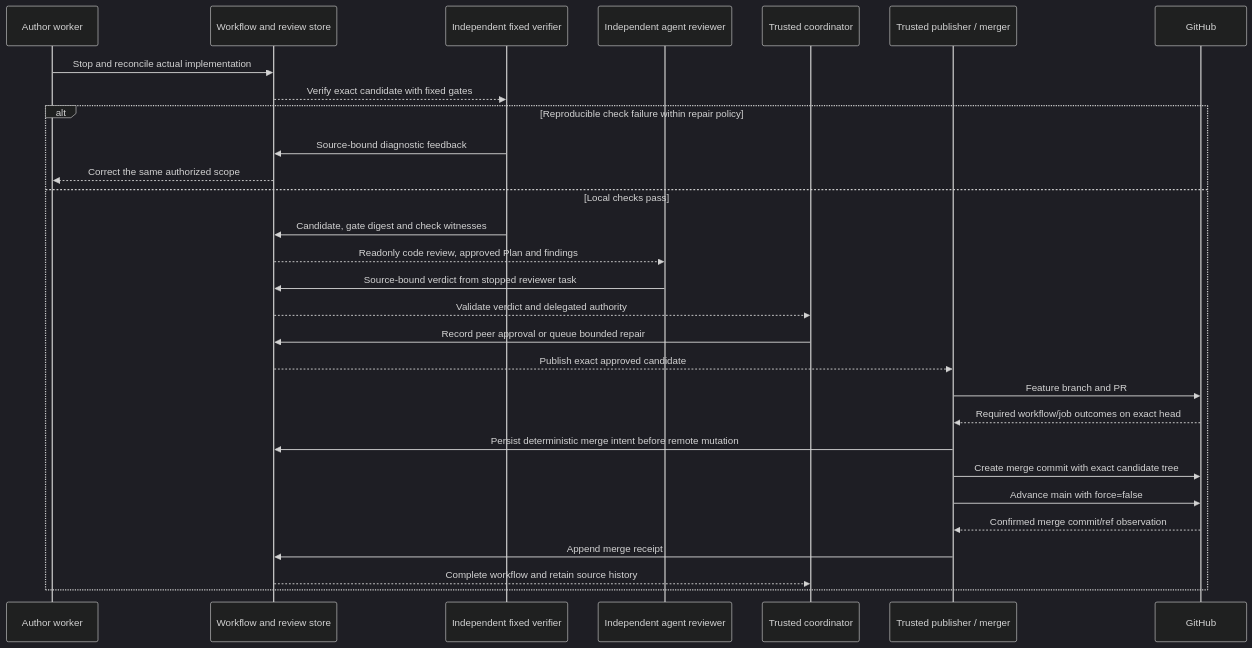
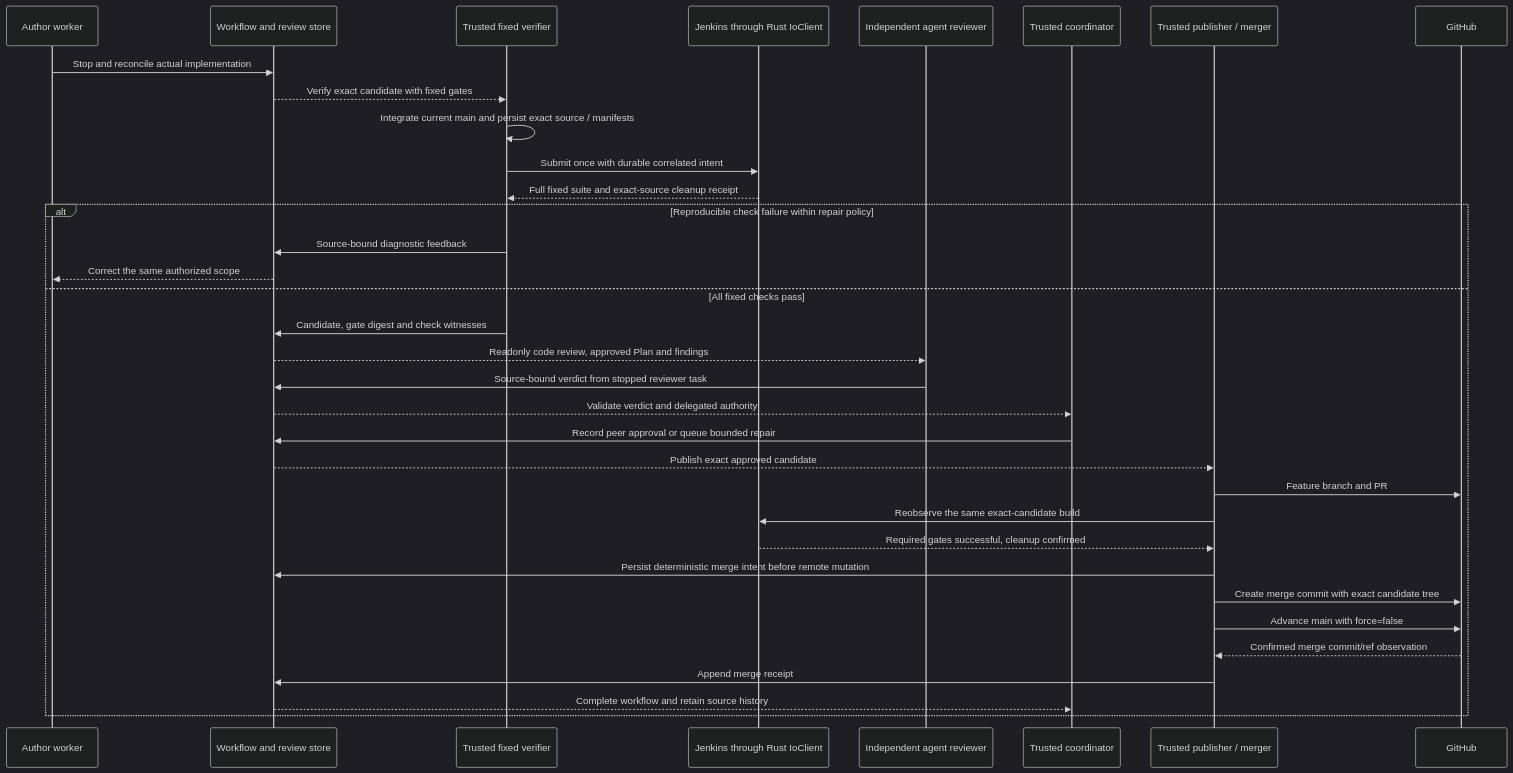
One commit to roachmaster/homelab changed the third of 3 diagrams in docs/architecture/proposals/forge-autonomous-agent-workflow.md. Above: the diagram before and after it, drawn with Mermaid (dark theme). The commit also changed other lines of this file, not shown here.

Commit message:
Align autonomous workflow diagrams with Jenkins verification

````diff
--- a/docs/architecture/proposals/forge-autonomous-agent-workflow.md
+++ b/docs/architecture/proposals/forge-autonomous-agent-workflow.md
@@ -122,31 +124,36 @@
 ```mermaid
 sequenceDiagram
     participant A as Author worker
     participant DB as Workflow and review store
-    participant V as Independent fixed verifier
+    participant V as Trusted fixed verifier
+    participant J as Jenkins through Rust IoClient
     participant R as Independent agent reviewer
     participant C as Trusted coordinator
     participant P as Trusted publisher / merger
     participant GH as GitHub
     A->>DB: Stop and reconcile actual implementation
     DB-->>V: Verify exact candidate with fixed gates
+    V->>V: Integrate current main and persist exact source / manifests
+    V->>J: Submit once with durable correlated intent
+    J-->>V: Full fixed suite and exact-source cleanup receipt
     alt Reproducible check failure within repair policy
         V->>DB: Source-bound diagnostic feedback
         DB-->>A: Correct the same authorized scope
-    else Local checks pass
+    else All fixed checks pass
         V->>DB: Candidate, gate digest and check witnesses
         DB-->>R: Readonly code review, approved Plan and findings
         R->>DB: Source-bound verdict from stopped reviewer task
         DB-->>C: Validate verdict and delegated authority
         C->>DB: Record peer approval or queue bounded repair
         DB-->>P: Publish exact approved candidate
         P->>GH: Feature branch and PR
-        GH-->>P: Required workflow/job outcomes on exact head
+        P->>J: Reobserve the same exact-candidate build
+        J-->>P: Required gates successful, cleanup confirmed
         P->>DB: Persist deterministic merge intent before remote mutation
         P->>GH: Create merge commit with exact candidate tree
         P->>GH: Advance main with force=false
         GH-->>P: Confirmed merge commit/ref observation
         P->>DB: Append merge receipt
         DB-->>C: Complete workflow and retain source history
     end
 ```
````
